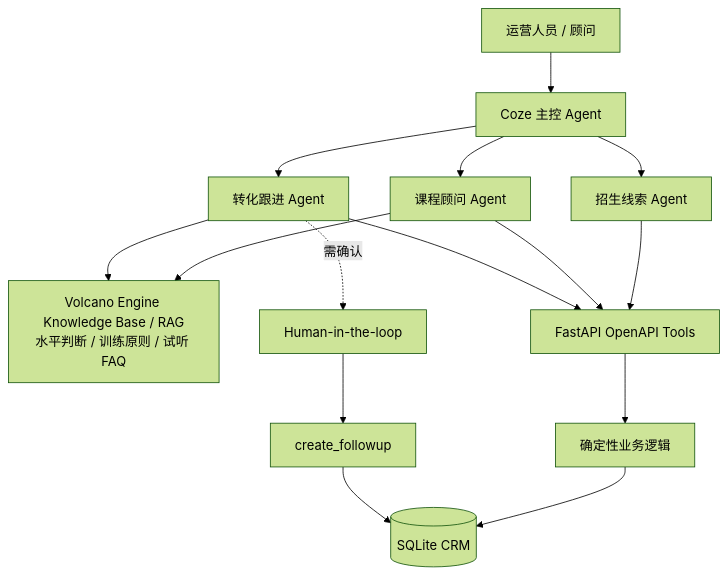
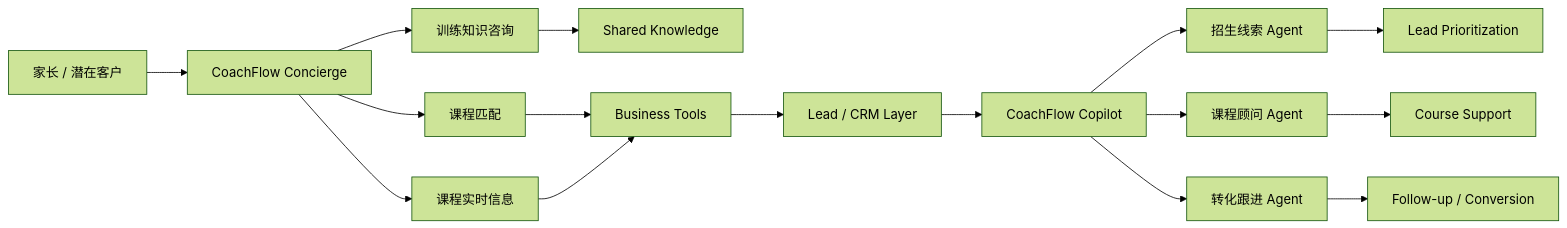
One commit to zcheng0319-dot/CoachFlow-AI changed the diagram in docs/architecture.md. Above: the diagram before and after it, drawn with Mermaid (forest theme). The commit also changed other lines of this file and 6 other files, not shown here.

Commit message:
docs: define two-experience agent architecture

````diff
--- a/docs/architecture.md
+++ b/docs/architecture.md
@@ -5,21 +7,18 @@
 ```mermaid
-flowchart TB
-    User[运营人员 / 顾问] --> Router[Coze 主控 Agent]
-    Router --> Lead[招生线索 Agent]
-    Router --> Course[课程顾问 Agent]
-    Router --> Growth[转化跟进 Agent]
-
-    Course --> Knowledge[Volcano Engine Knowledge Base / RAG
-水平判断 / 训练原则 / 试听 FAQ]
-    Growth --> Knowledge
-
-    Lead --> API[FastAPI OpenAPI Tools]
-    Course --> API
-    Growth --> API
-    API --> Logic[确定性业务逻辑]
-    Logic --> CRM[(SQLite CRM)]
-
-    Growth -.需确认.-> HITL[Human-in-the-loop]
-    HITL --> Followup[create_followup]
-    Followup --> CRM
+flowchart LR
+    A[家长 / 潜在客户] --> B[CoachFlow Concierge]
+    B --> C[训练知识咨询]
+    B --> D[课程匹配]
+    B --> E[课程实时信息]
+    C --> F[Shared Knowledge]
+    D --> G[Business Tools]
+    E --> G
+    G --> H[Lead / CRM Layer]
+    H --> I[CoachFlow Copilot]
+    I --> J[招生线索 Agent]
+    I --> K[课程顾问 Agent]
+    I --> L[转化跟进 Agent]
+    J --> M[Lead Prioritization]
+    K --> N[Course Support]
+    L --> O[Follow-up / Conversion]
 ```
````
